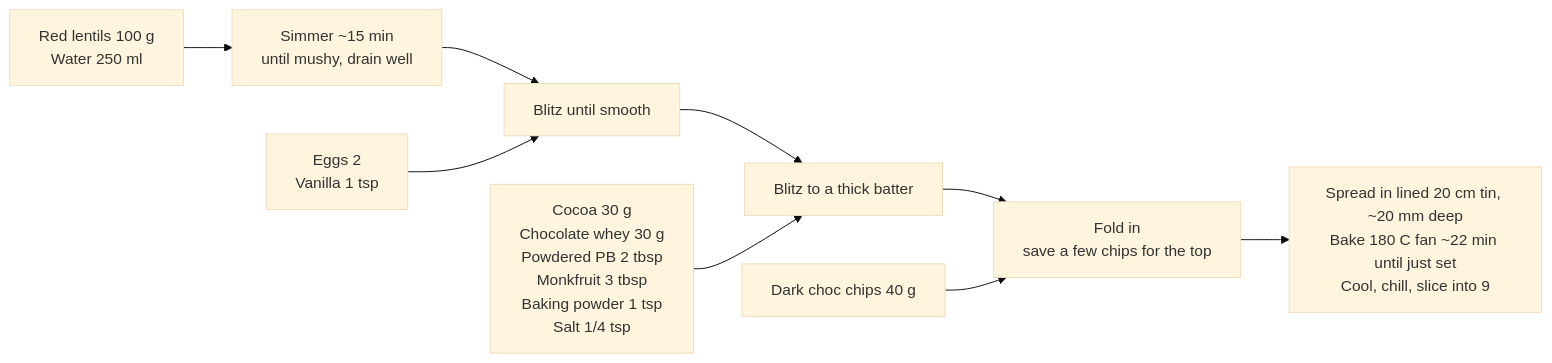
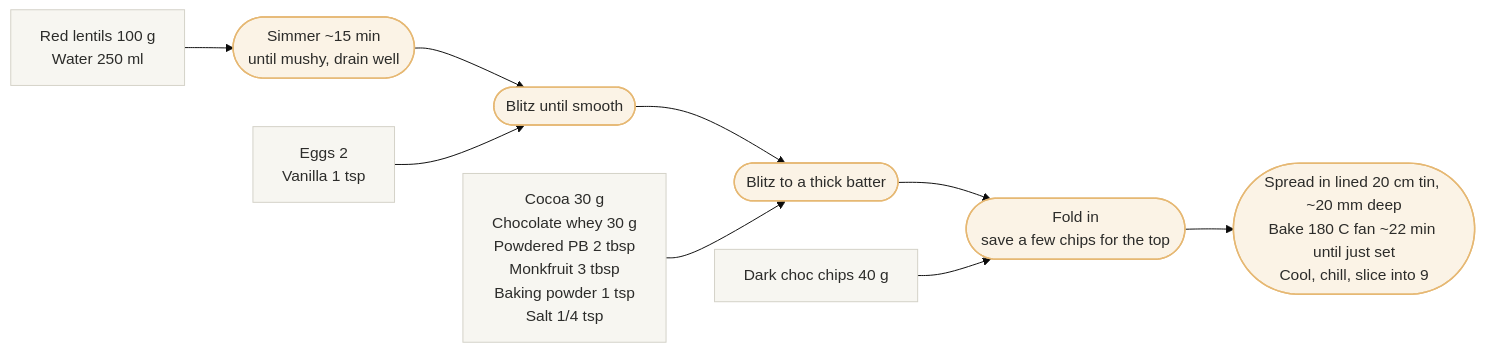
One commit to joebywan/recipes changed the diagram in recipes/red-lentil-protein-brownies.md. Above: the diagram before and after it, drawn with Mermaid (base theme). The commit also changed other lines of this file and 1 other file, not shown here.

Commit message:
Distinguish actions from materials in the flow diagram (#3)
Ingredients are square nodes, actions rounded, each with its own fill
and stroke carried over from the original HTML sheet's palette. Label
colour is pinned so the nodes stay readable in dark mode.

````diff
--- a/recipes/red-lentil-protein-brownies.md
+++ b/recipes/red-lentil-protein-brownies.md
@@ -12,11 +12,21 @@
 ```mermaid
 flowchart LR
-  L["Red lentils 100 g<br>Water 250 ml"] --> S["Simmer ~15 min<br>until mushy, drain well"]
-  S --> B1["Blitz until smooth"]
-  E["Eggs 2<br>Vanilla 1 tsp"] --> B1
-  B1 --> B2["Blitz to a thick batter"]
-  D["Cocoa 30 g<br>Chocolate whey 30 g<br>Powdered PB 2 tbsp<br>Monkfruit 3 tbsp<br>Baking powder 1 tsp<br>Salt 1/4 tsp"] --> B2
-  B2 --> F["Fold in<br>save a few chips for the top"]
-  C["Dark choc chips 40 g"] --> F
-  F --> K["Spread in lined 20 cm tin, ~20 mm deep<br>Bake 180 C fan ~22 min until just set<br>Cool, chill, slice into 9"]
+  L["Red lentils 100 g<br>Water 250 ml"]:::mat
+  E["Eggs 2<br>Vanilla 1 tsp"]:::mat
+  D["Cocoa 30 g<br>Chocolate whey 30 g<br>Powdered PB 2 tbsp<br>Monkfruit 3 tbsp<br>Baking powder 1 tsp<br>Salt 1/4 tsp"]:::mat
+  C["Dark choc chips 40 g"]:::mat
+
+  S(["Simmer ~15 min<br>until mushy, drain well"]):::act
+  B1(["Blitz until smooth"]):::act
+  B2(["Blitz to a thick batter"]):::act
+  F(["Fold in<br>save a few chips for the top"]):::act
+  K(["Spread in lined 20 cm tin, ~20 mm deep<br>Bake 180 C fan ~22 min until just set<br>Cool, chill, slice into 9"]):::act
+
+  L --> S --> B1 --> B2 --> F --> K
+  E --> B1
+  D --> B2
+  C --> F
+
+  classDef mat fill:#f7f6f1,stroke:#d3d1c7,stroke-width:1px,color:#2c2c2a
+  classDef act fill:#fbf3e6,stroke:#e6b873,stroke-width:1.5px,color:#2c2c2a
 ```
````
